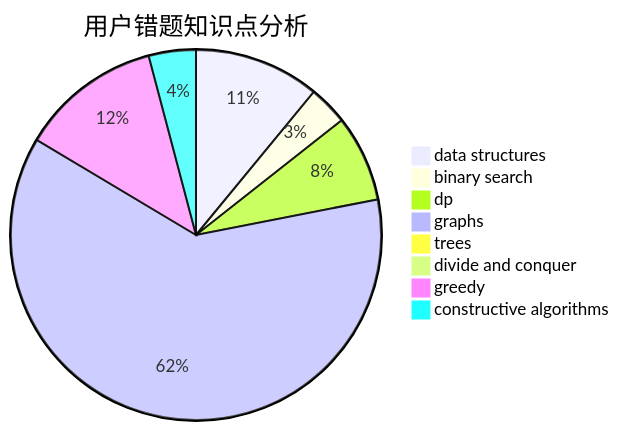
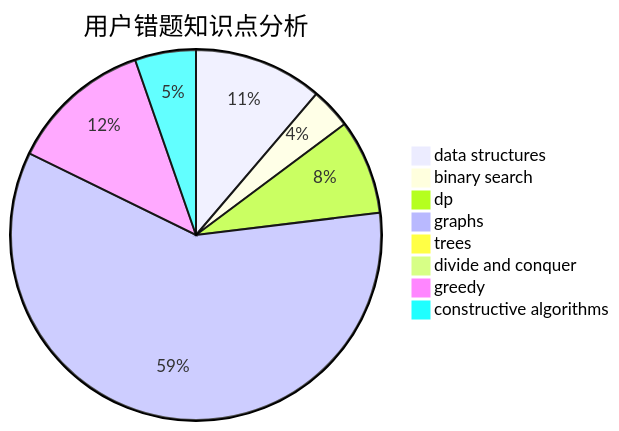
The third of 3 diagrams in docs/user/u1705.md (sherpahu/cfrs.github.io), drawn with Mermaid before and after one commit. The commit also changed other lines of this file and 2770 other files, not shown here.

````diff
--- a/docs/user/u1705.md
+++ b/docs/user/u1705.md
@@ -36,11 +36,11 @@
 ```mermaid
 pie title 用户错题知识点分析
-    "data structures" :  16
-    "binary search" :  5
-    "dp" :  11
-    "graphs" :  90
+    "data structures" :  19
+    "binary search" :  6
+    "dp" :  14
+    "graphs" :  100
     "trees" :  0
     "divide and conquer" :  0
-    "greedy" :  18
-    "constructive algorithms" :  6
+    "greedy" :  21
+    "constructive algorithms" :  9
 ```
````
